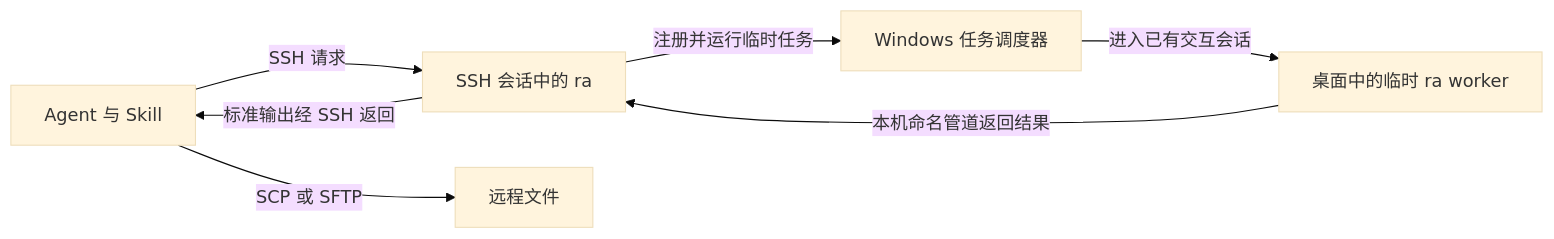
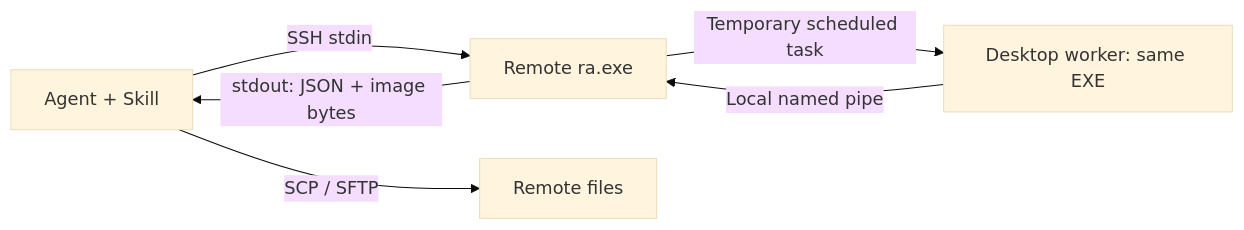
One commit to Armory01/ssh-remote-desktop changed the diagram in docs/IMPLEMENTATION_PLAN.md. Above: the diagram before and after it, drawn with Mermaid (base theme). The commit also changed other lines of this file and 22 other files, not shown here.

Commit message:
Rename to SSH Remote Desktop and simplify bilingual onboarding

````diff
--- a/docs/IMPLEMENTATION_PLAN.md
+++ b/docs/IMPLEMENTATION_PLAN.md
@@ -34,9 +12,8 @@
 ```mermaid
 flowchart LR
-    A[Agent 与 Skill] -->|SSH 请求| B[SSH 会话中的 ra]
-    B -->|注册并运行临时任务| T[Windows 任务调度器]
-    T -->|进入已有交互会话| C[桌面中的临时 ra worker]
-    C -->|本机命名管道返回结果| B
-    B -->|标准输出经 SSH 返回| A
-    A -->|SCP 或 SFTP| F[远程文件]
+    A[Agent + Skill] -->|SSH stdin| B[Remote ra.exe]
+    B -->|Temporary scheduled task| C[Desktop worker: same EXE]
+    C -->|Local named pipe| B
+    B -->|stdout: JSON + image bytes| A
+    A -->|SCP / SFTP| F[Remote files]
 ```
````
